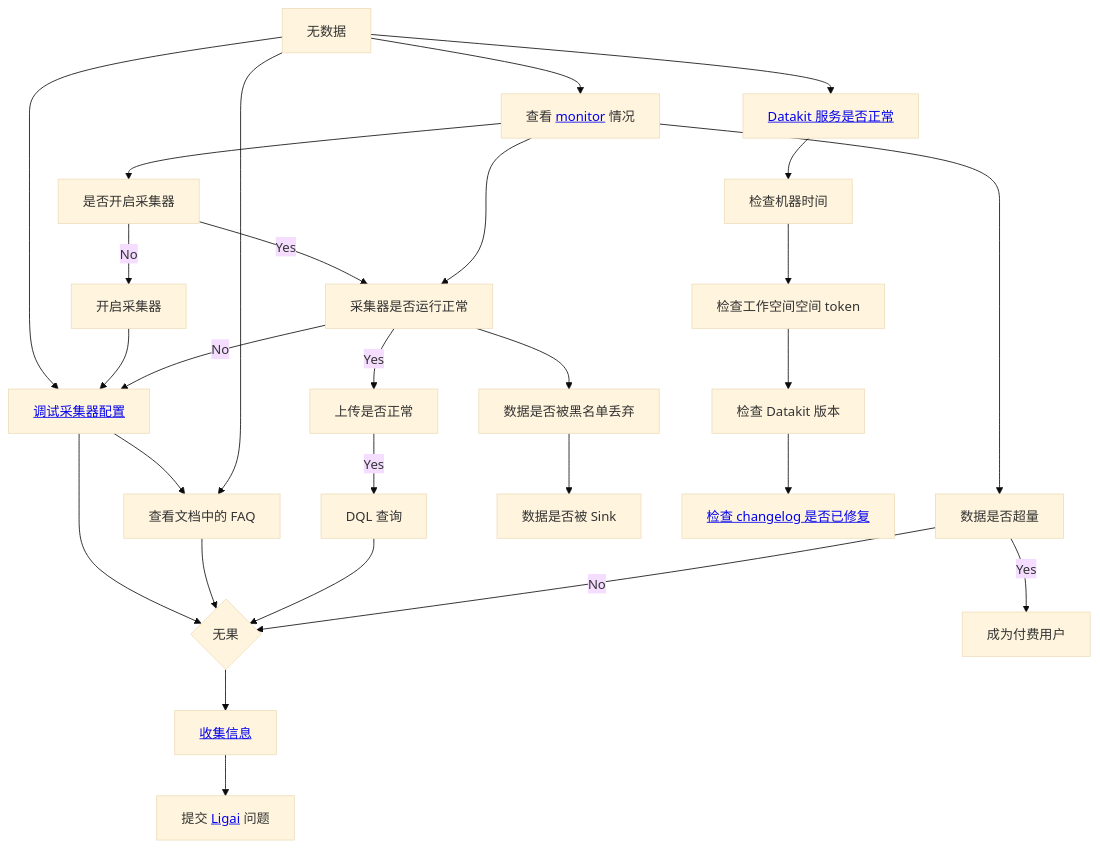
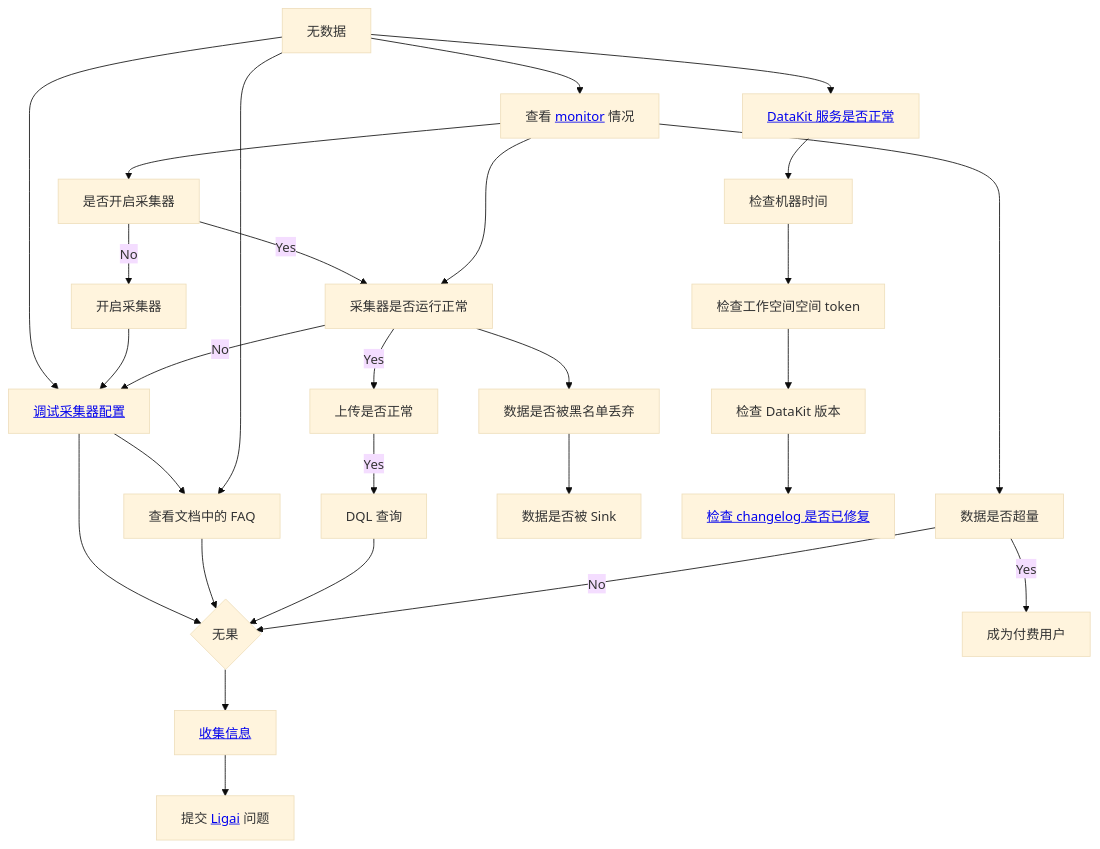
Before and after one commit to GuanceCloud/datakit: the diagram in internal/export/doc/zh/why-no-data.md, drawn with Mermaid (base theme). The commit also changed other lines of this file and 325 other files, not shown here.

````diff
--- a/internal/export/doc/zh/why-no-data.md
+++ b/internal/export/doc/zh/why-no-data.md
@@ -574,50 +571,50 @@
 ``` mermaid
 graph TD
   %% node definitions
   no_data[无数据];
   debug_fail{无果};
   monitor[查看 <a href='https://docs.<<<custom_key.brand_main_domain>>>/datakit/datakit-monitor/'>monitor</a> 情况];
   debug_input[<a href='https://docs.<<<custom_key.brand_main_domain>>>/datakit/why-no-data/#check-input-conf'>调试采集器配置</a>];
   read_faq[查看文档中的 FAQ];
   dql[DQL 查询];
   beyond_usage[数据是否超量];
   pay[成为付费用户];
   filtered[数据是否被黑名单丢弃];
   sinked[数据是否被 Sink];
   check_time[检查机器时间];
   check_token[检查工作空间空间 token];
-  check_version[检查 Datakit 版本];
-  dk_service_ok[<a href='https://docs.<<<custom_key.brand_main_domain>>>/datakit/datakit-service-how-to/'>Datakit 服务是否正常</a>];
+  check_version[检查 DataKit 版本];
+  dk_service_ok[<a href='https://docs.<<<custom_key.brand_main_domain>>>/datakit/datakit-service-how-to/'>DataKit 服务是否正常</a>];
   check_changelog[<a href='https://docs.<<<custom_key.brand_main_domain>>>/datakit/changelog'>检查 changelog 是否已修复</a>];
   is_input_ok[采集器是否运行正常];
   is_input_enabled[是否开启采集器];
   enable_input[开启采集器];
   dataway_upload_ok[上传是否正常];
   ligai[提交 <a href='https://ligai.cn/'>Ligai</a> 问题];
 
   no_data --> dk_service_ok --> check_time --> check_token --> check_version --> check_changelog;
 
   no_data --> monitor;
   no_data --> debug_input --> debug_fail;
   debug_input --> read_faq;
   no_data --> read_faq --> debug_fail;
   dql --> debug_fail;
 
   monitor --> beyond_usage -->|No| debug_fail;
   beyond_usage -->|Yes| pay;
 
   monitor --> is_input_enabled;
 
   is_input_enabled -->|Yes| is_input_ok;
   is_input_enabled -->|No| enable_input --> debug_input;
 
   monitor --> is_input_ok -->|No| debug_input;
 
   is_input_ok -->|Yes| dataway_upload_ok -->|Yes| dql;
   is_input_ok --> filtered --> sinked;
 
   trouble_shooting[<a href='https://docs.<<<custom_key.brand_main_domain>>>/datakit/why-no-data/#bug-report'>收集信息</a>];
 
   debug_fail --> trouble_shooting;
   trouble_shooting --> ligai;
 ```
````
